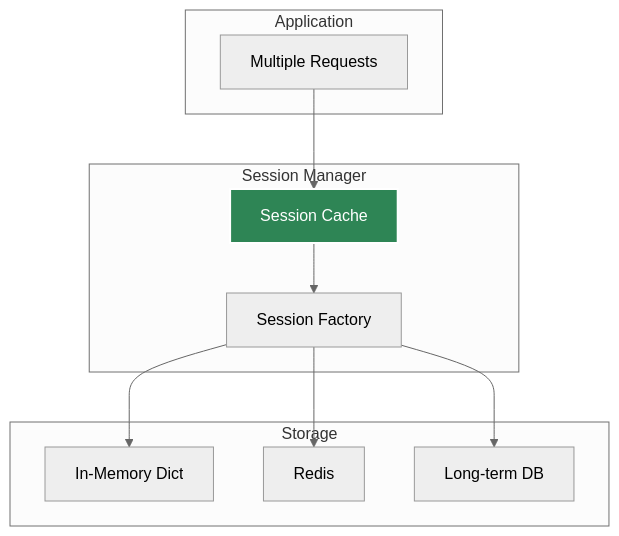
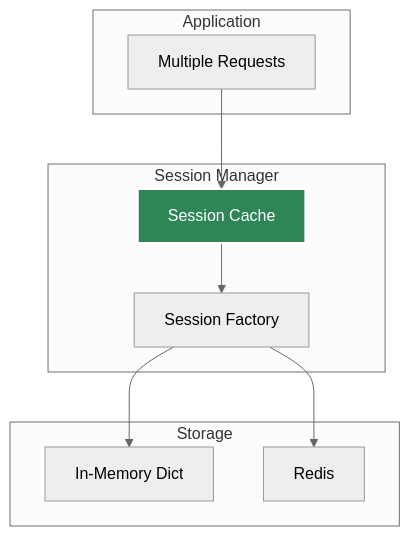
One commit to yaalalabs/agent-kernel changed the first of 2 diagrams in docs/docs/architecture/session-management.md. Above: the diagram before and after it, drawn with Mermaid (neutral theme). The commit also changed 6 other files, not shown here.

````diff
--- a/docs/docs/architecture/session-management.md
+++ b/docs/docs/architecture/session-management.md
@@ -11,25 +11,23 @@
 ```mermaid
 graph TB
     subgraph "Application"
         A[Multiple Requests]
     end
     
     subgraph "Session Manager"
         B[Session Cache]
         C[Session Factory]
     end
     
     subgraph "Storage"
         D[In-Memory Dict]
         E[Redis]
-        F[Long-term DB]
     end
     
     A --> B
     B --> C
     C --> D
     C --> E
-    C --> F
     
     style B fill:#2e8555,stroke:#fff,stroke-width:2px,color:#fff
 ```
````
